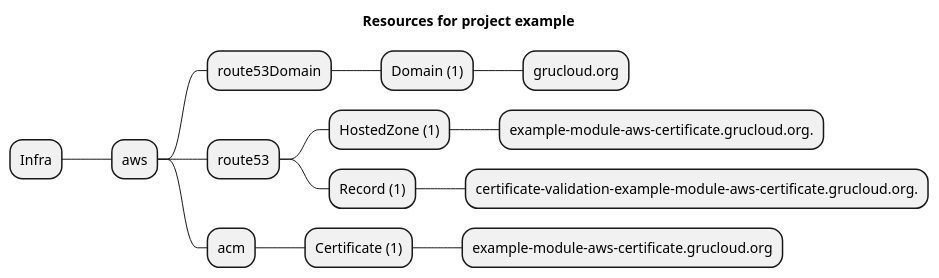
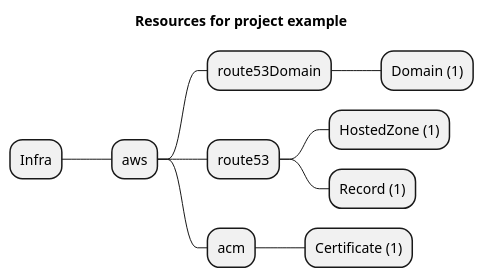
Before and after one commit to grucloud/grucloud: the diagram in packages/modules/aws/certificate/example/artifacts/resources-mindmap.puml, drawn with PlantUML. The commit also changed 197 other files, not shown here.

```diff
--- a/packages/modules/aws/certificate/example/artifacts/resources-mindmap.puml
+++ b/packages/modules/aws/certificate/example/artifacts/resources-mindmap.puml
@@ -1,17 +1,13 @@
 @startmindmap
 title Resources for project example
 skinparam monochrome true
 + Infra
 ++ aws
 +++ route53Domain
 ++++ Domain (1)
-+++++ grucloud.org
 +++ route53
 ++++ HostedZone (1)
-+++++ example-module-aws-certificate.grucloud.org.
 ++++ Record (1)
-+++++ certificate-validation-example-module-aws-certificate.grucloud.org.
 +++ acm
 ++++ Certificate (1)
-+++++ example-module-aws-certificate.grucloud.org
 @endmindmap
```
